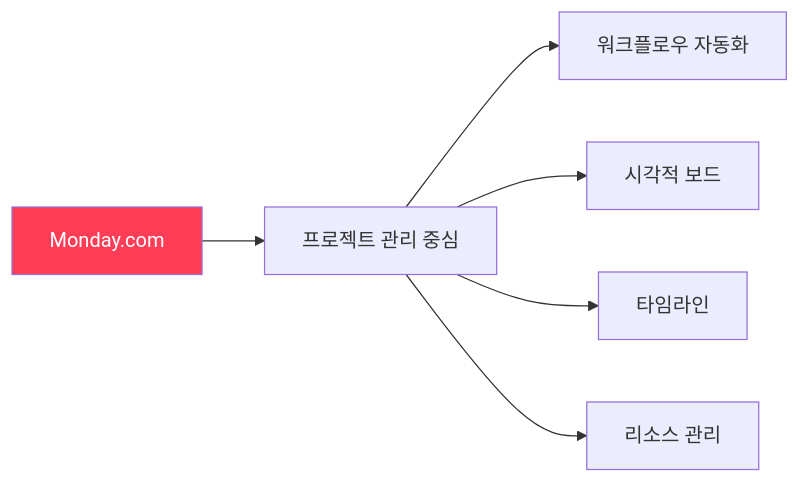
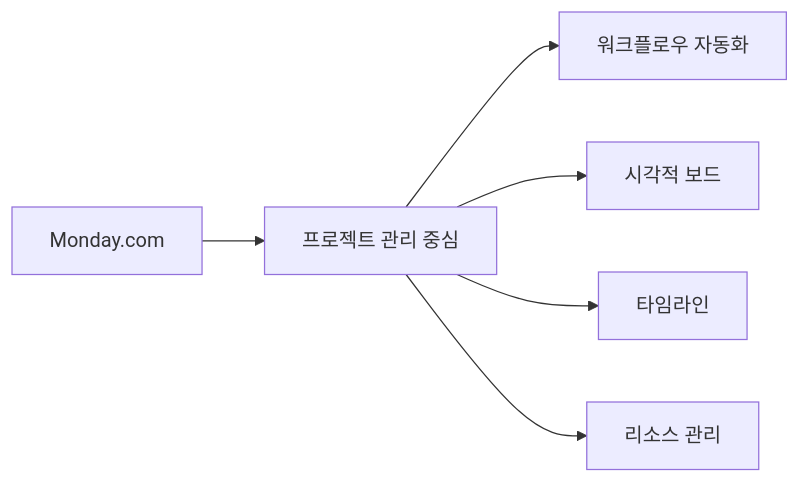
The seventh of 20 diagrams in _md/genai-notion/chapter06/06-2.md (nugurejeil/weniVooks), drawn with Mermaid before and after one commit. The commit also changed other lines of this file and 187 other files, not shown here.

````diff
--- a/_md/genai-notion/chapter06/06-2.md
+++ b/_md/genai-notion/chapter06/06-2.md
@@ -297,11 +290,9 @@
 ```mermaid
 graph LR
     A[Monday.com] --> B[프로젝트 관리 중심]
 
     B --> B1[워크플로우 자동화]
     B --> B2[시각적 보드]
     B --> B3[타임라인]
     B --> B4[리소스 관리]
-
-    style A fill:#FF3D57,color:#fff
 ```
````
